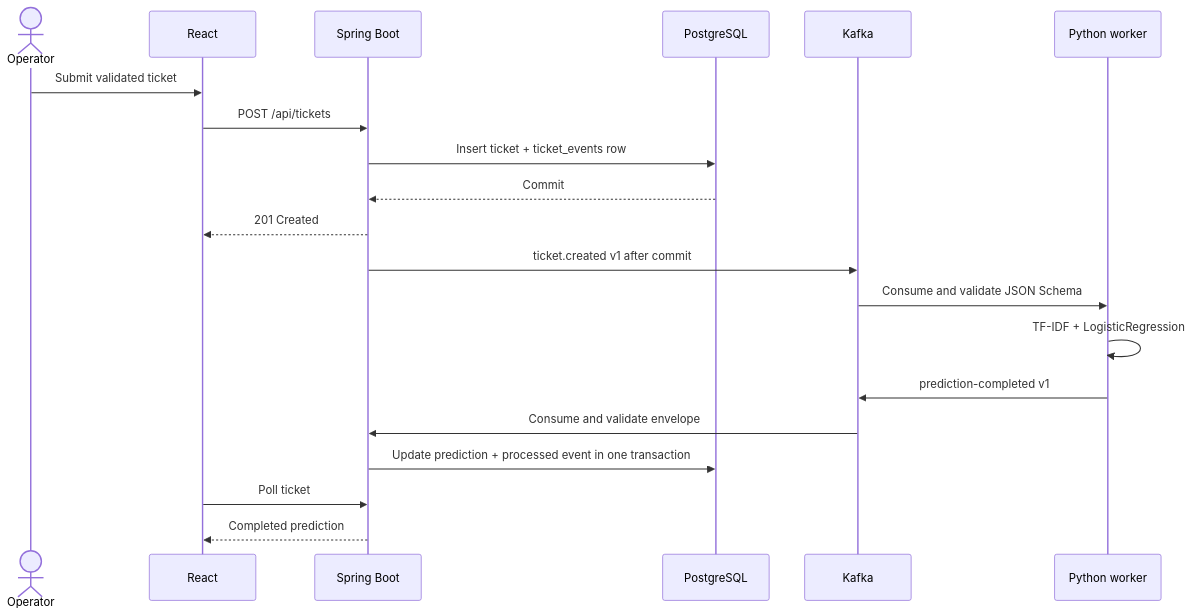
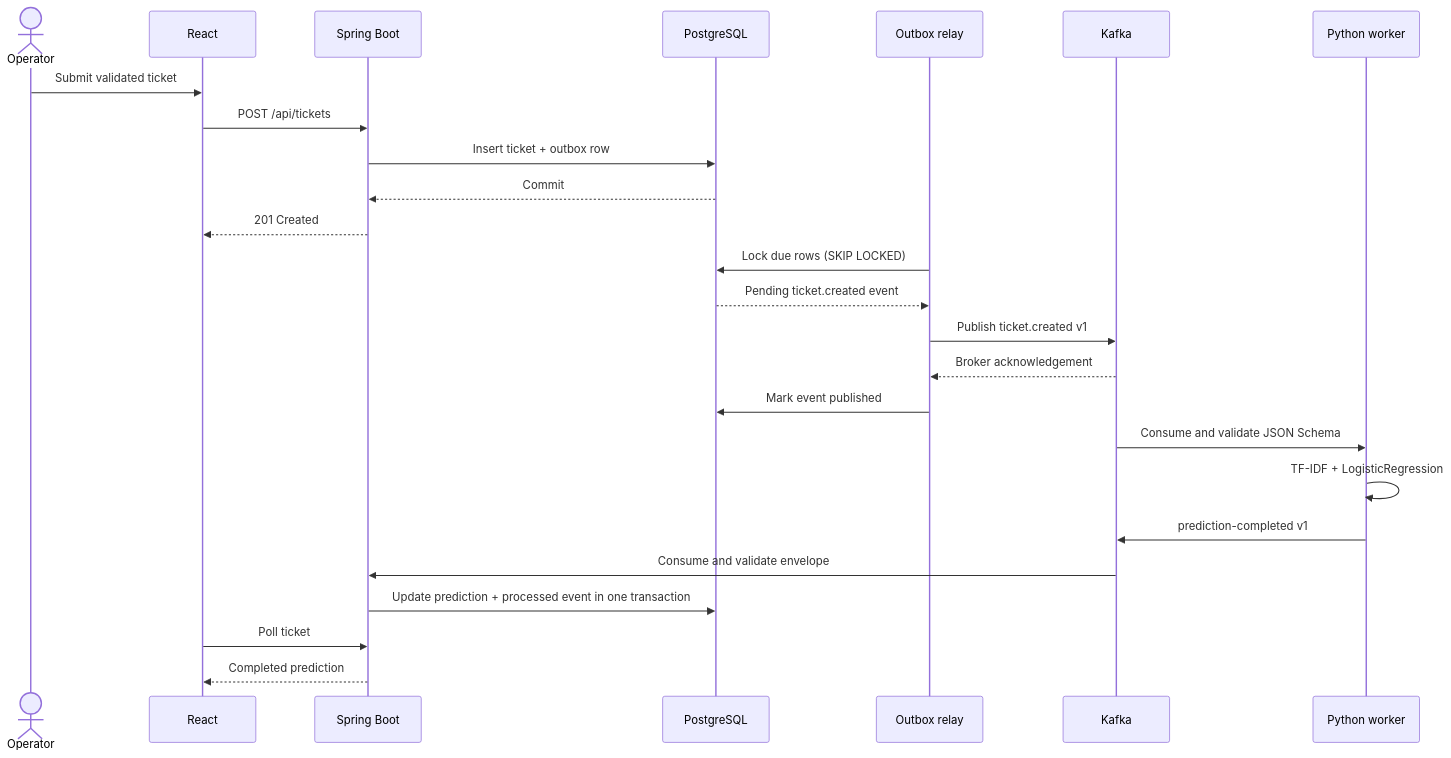
One commit to YevhenKoval01/serviceops-intelligence-platform changed the second of 2 diagrams in docs/architecture.md. Above: the diagram before and after it, drawn with Mermaid. The commit also changed other lines of this file and 15 other files, not shown here.

Commit message:
feat: add durable ticket event outbox relay

````diff
--- a/docs/architecture.md
+++ b/docs/architecture.md
@@ -31,23 +32,28 @@
 ```mermaid
 sequenceDiagram
     actor Operator
     participant UI as React
     participant API as Spring Boot
     participant DB as PostgreSQL
+    participant Relay as Outbox relay
     participant K as Kafka
     participant ML as Python worker
 
     Operator->>UI: Submit validated ticket
     UI->>API: POST /api/tickets
-    API->>DB: Insert ticket + ticket_events row
+    API->>DB: Insert ticket + outbox row
     DB-->>API: Commit
     API-->>UI: 201 Created
-    API->>K: ticket.created v1 after commit
+    Relay->>DB: Lock due rows (SKIP LOCKED)
+    DB-->>Relay: Pending ticket.created event
+    Relay->>K: Publish ticket.created v1
+    K-->>Relay: Broker acknowledgement
+    Relay->>DB: Mark event published
     K->>ML: Consume and validate JSON Schema
     ML->>ML: TF-IDF + LogisticRegression
     ML->>K: prediction-completed v1
     K->>API: Consume and validate envelope
     API->>DB: Update prediction + processed event in one transaction
     UI->>API: Poll ticket
     API-->>UI: Completed prediction
 ```
````
